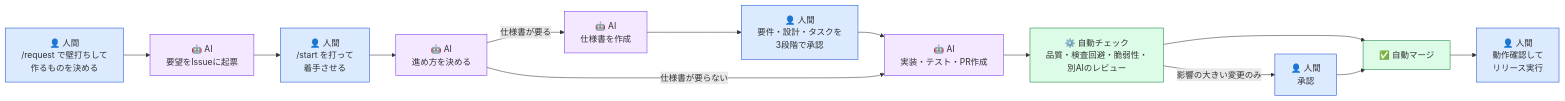
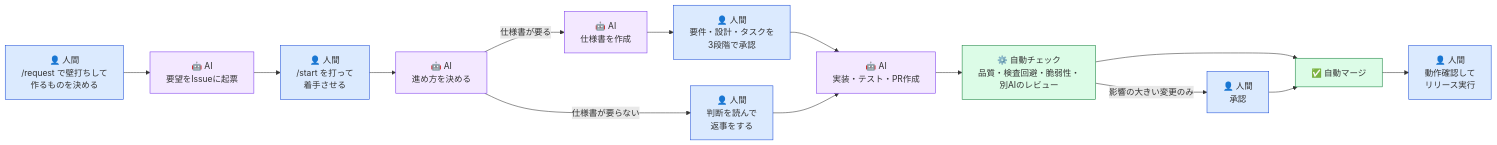
One commit to DogisRiki/KeirekiPro changed the second of 2 diagrams in README.md. Above: the diagram before and after it, drawn with Mermaid. The commit also changed other lines of this file and 17 other files, not shown here.

````diff
--- a/README.md
+++ b/README.md
@@ -308,27 +308,28 @@
 ```mermaid
 flowchart LR
     H1["👤 人間<br/>/request で壁打ちして<br/>作るものを決める"]
     A0["🤖 AI<br/>要望をIssueに起票"]
     H5["👤 人間<br/>/start を打って<br/>着手させる"]
     A3["🤖 AI<br/>進め方を決める"]
+    H6["👤 人間<br/>判断を読んで<br/>返事をする"]
     A1["🤖 AI<br/>仕様書を作成"]
     H2["👤 人間<br/>要件・設計・タスクを<br/>3段階で承認"]
     A2["🤖 AI<br/>実装・テスト・PR作成"]
     C1["⚙️ 自動チェック<br/>品質・検査回避・脆弱性・<br/>別AIのレビュー"]
     H4["👤 人間<br/>承認"]
     M["✅ 自動マージ"]
     H3["👤 人間<br/>動作確認して<br/>リリース実行"]
 
     H1 --> A0 --> H5 --> A3
     A3 -->|仕様書が要る| A1 --> H2 --> A2
-    A3 -->|仕様書が要らない| A2
+    A3 -->|仕様書が要らない| H6 --> A2
     A2 --> C1 --> M --> H3
     C1 -->|影響の大きい変更のみ| H4 --> M
 
     classDef human fill:#dbeafe,stroke:#1d4ed8
     classDef ai fill:#f3e8ff,stroke:#7c3aed
     classDef auto fill:#dcfce7,stroke:#15803d
-    class H1,H2,H3,H4,H5 human
+    class H1,H2,H3,H4,H5,H6 human
     class A0,A1,A2,A3 ai
     class C1,M auto
 ```
````
